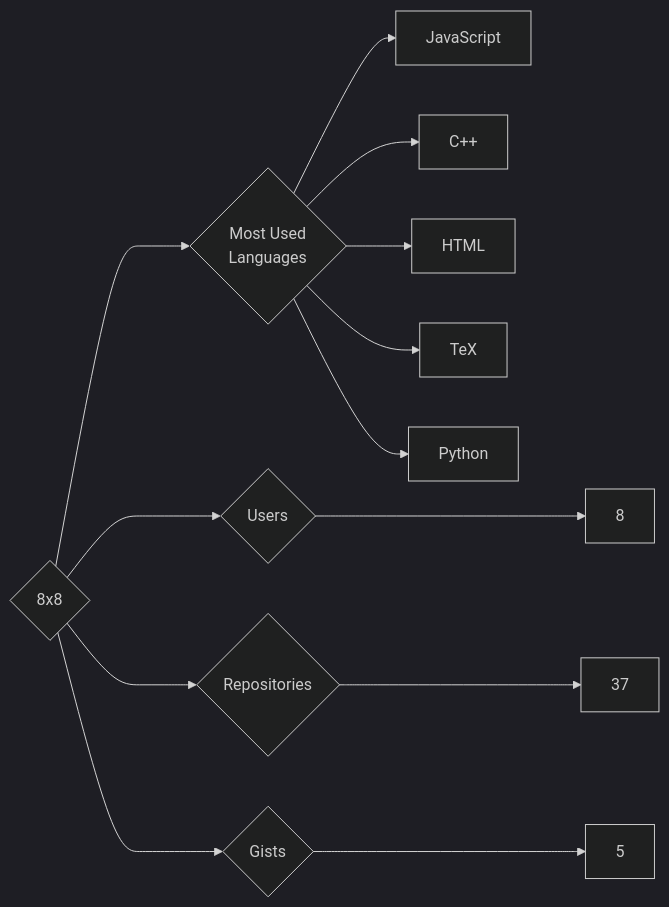
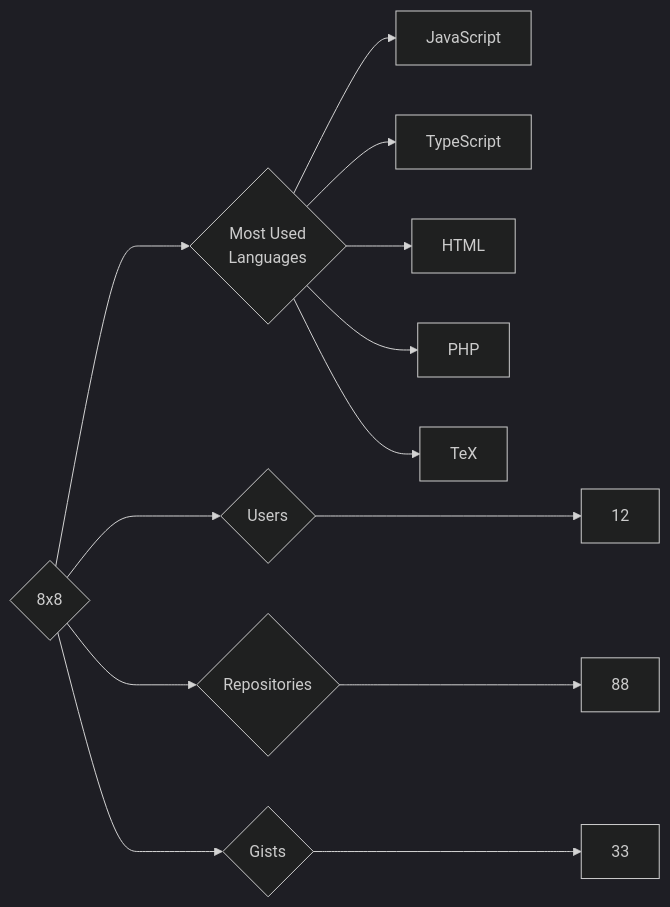
One commit to trickest/insiders changed the diagram in targets/8x8/README.md. Above: the diagram before and after it, drawn with Mermaid (dark theme). The commit also changed 1175 other files, not shown here.

````diff
--- a/targets/8x8/README.md
+++ b/targets/8x8/README.md
@@ -3,13 +3,13 @@
 ```mermaid
 graph LR
 COMPANY_NAME{8x8}
-COMPANY_NAME ---> U{Users} ---> UN[8]
-COMPANY_NAME ---> R{Repositories} ---> RN[37]
-COMPANY_NAME ---> G{Gists} ---> GN[5]
+COMPANY_NAME ---> U{Users} ---> UN[12]
+COMPANY_NAME ---> R{Repositories} ---> RN[88]
+COMPANY_NAME ---> G{Gists} ---> GN[33]
 COMPANY_NAME ---> ML{Most Used<br>Languages}
 ML --> JavaScript[JavaScript]
-ML --> C++[C++]
+ML --> TypeScript[TypeScript]
 ML --> HTML[HTML]
+ML --> PHP[PHP]
 ML --> TeX[TeX]
-ML --> Python[Python]
 ```
````
